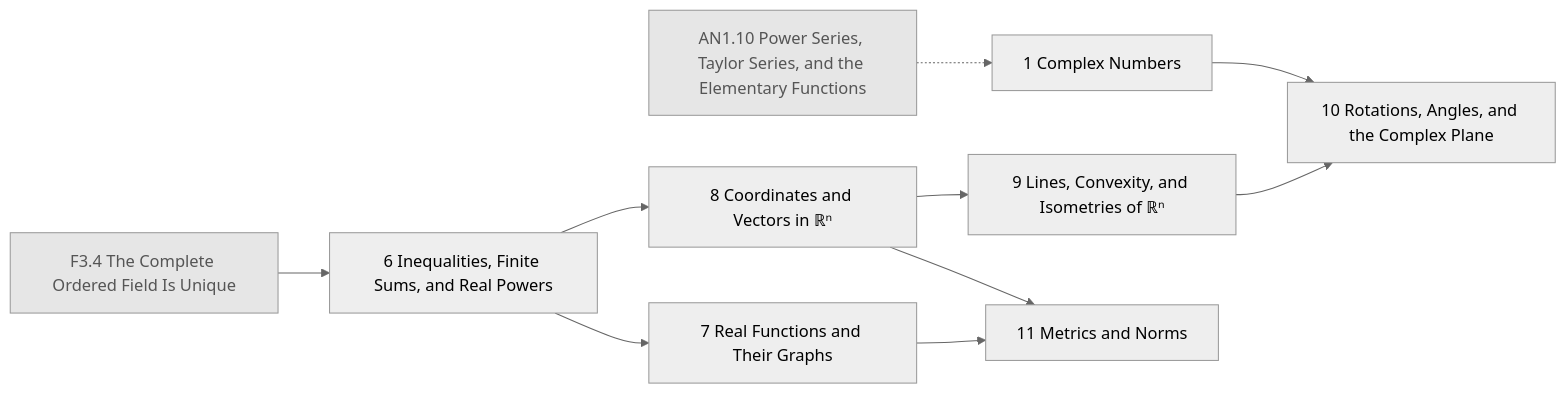
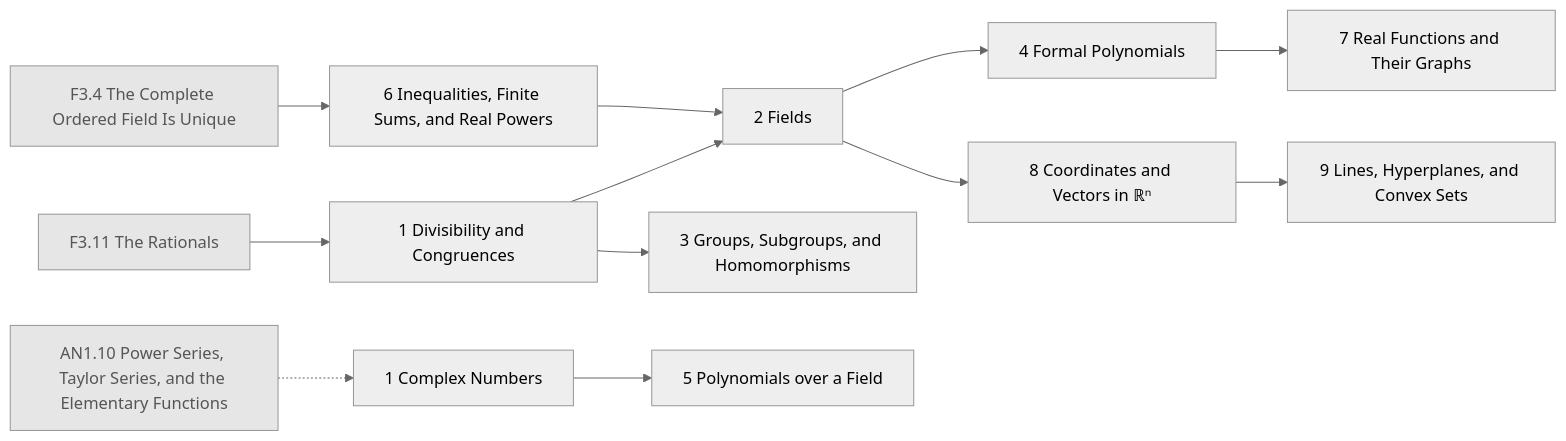
One commit to AkizumiFox/math-atlas changed the diagram in generated/chapters/F4.mmd. Above: the diagram before and after it, drawn with Mermaid (neutral theme). The commit also changed 15 other files, not shown here.

```diff
--- a/generated/chapters/F4.mmd
+++ b/generated/chapters/F4.mmd
@@ -1,22 +1,28 @@
 flowchart LR
+  F3_11["F3.11 The Rationals"]:::ext
   F3_4["F3.4 The Complete Ordered Field Is Unique"]:::ext
   AN1_10["AN1.10 Power Series, Taylor Series, and the Elementary Functions"]:::ext
   F4_6["6 Inequalities, Finite Sums, and Real Powers"]
+  F5_1["1 Divisibility and Congruences"]
+  F4_1["1 Complex Numbers"]
+  F5_2["2 Fields"]
+  F5_3["3 Groups, Subgroups, and Homomorphisms"]
+  F5_4["4 Formal Polynomials"]
+  F5_5["5 Polynomials over a Field"]
   F4_7["7 Real Functions and Their Graphs"]
   F4_8["8 Coordinates and Vectors in ℝⁿ"]
-  F4_9["9 Lines, Convexity, and Isometries of ℝⁿ"]
-  F4_1["1 Complex Numbers"]
-  F4_10["10 Rotations, Angles, and the Complex Plane"]
-  F4_11["11 Metrics and Norms"]
+  F4_9["9 Lines, Hyperplanes, and Convex Sets"]
   F3_4 --> F4_6
-  F4_6 --> F4_7
-  F4_6 --> F4_8
+  F3_11 --> F5_1
+  AN1_10 -.-> F4_1
+  F4_6 --> F5_2
+  F5_1 --> F5_2
+  F5_1 --> F5_3
+  F5_2 --> F5_4
+  F4_1 --> F5_5
+  F5_4 --> F4_7
+  F5_2 --> F4_8
   F4_8 --> F4_9
-  AN1_10 -.-> F4_1
-  F4_9 --> F4_10
-  F4_1 --> F4_10
-  F4_7 --> F4_11
-  F4_8 --> F4_11
   classDef ext fill:#e6e6e6,stroke:#999,color:#555
   classDef opt fill:#fff,stroke:#999,stroke-dasharray:4 3,color:#555
   classDef segb fill:#f6f6fb,stroke:#99a,color:#333
```
